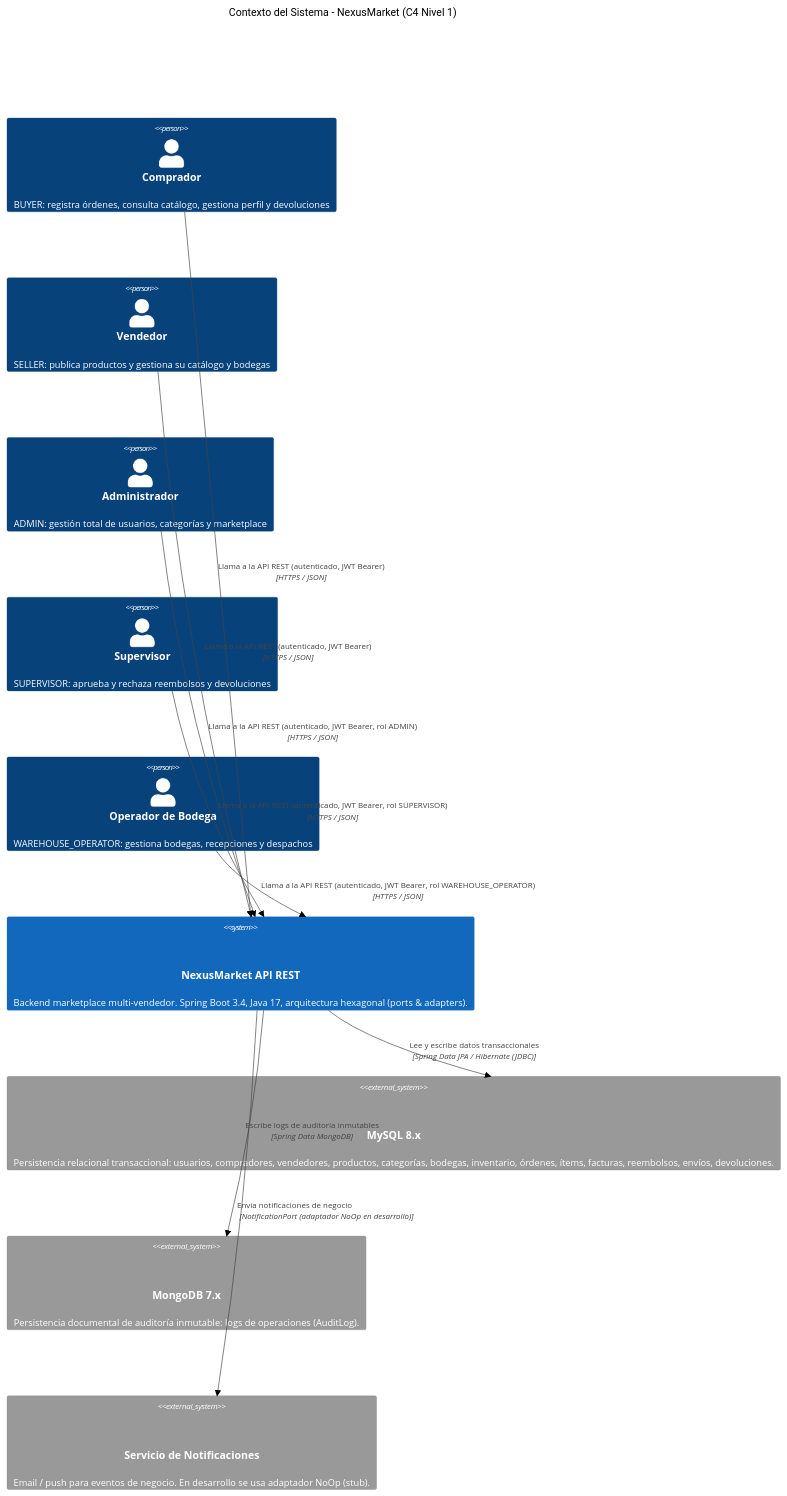
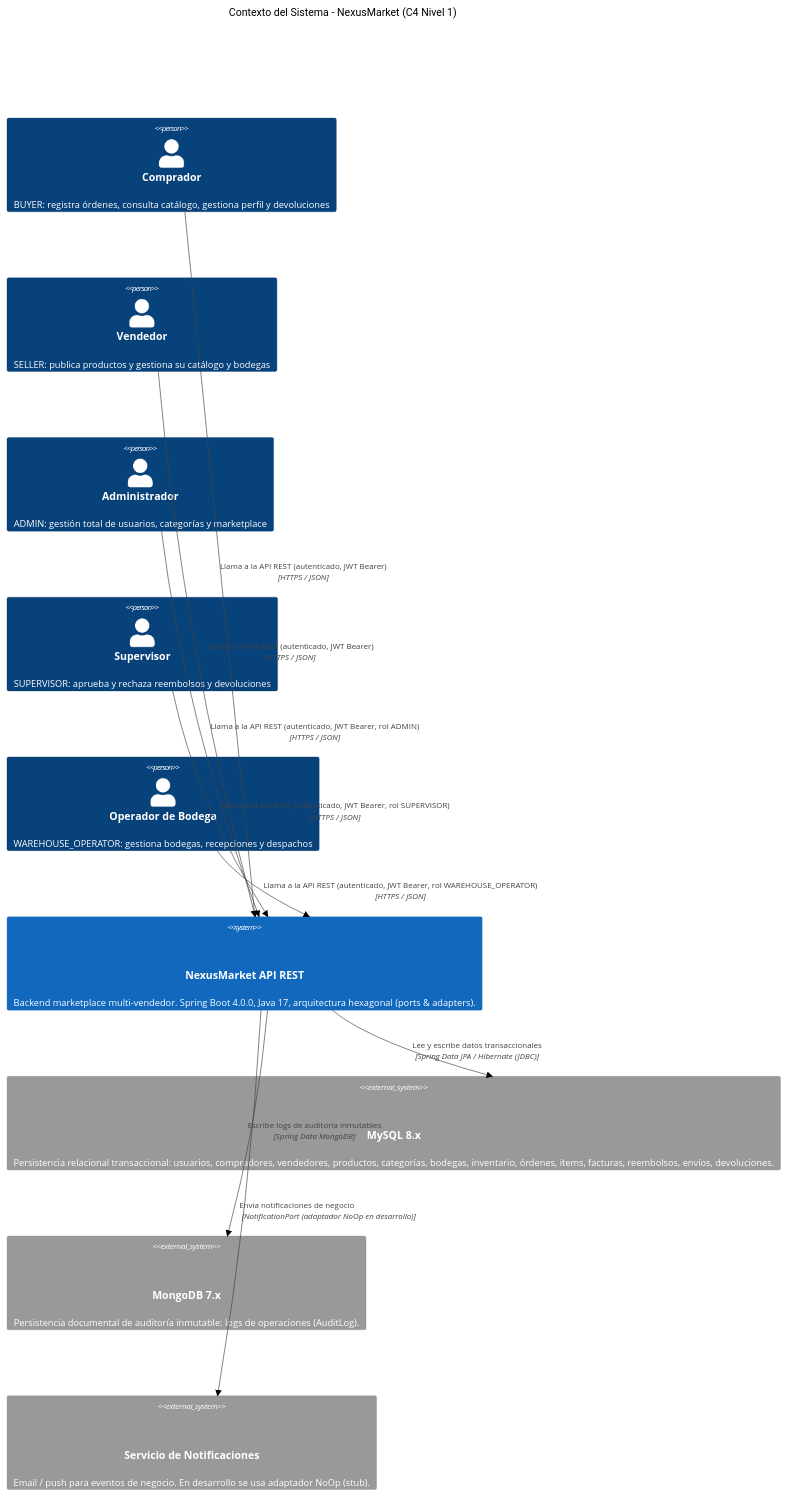
The diagram in SDD/02-arquitectura/c4-nivel-1-contexto.md (juanestevan-tdea/construccion_software_2_2026_2_nexusmarket), drawn with Mermaid (neutral theme) before and after one commit. The commit also changed other lines of this file and 79 other files, not shown here.

Commit message:
fix(architecture/security): desacopla dominio de REST y aplica validacion de propiedad

````diff
--- a/SDD/02-arquitectura/c4-nivel-1-contexto.md
+++ b/SDD/02-arquitectura/c4-nivel-1-contexto.md
@@ -5,26 +5,26 @@
 ```mermaid
 C4Context
     title Contexto del Sistema - NexusMarket (C4 Nivel 1)
 
     Person(buyer, "Comprador", "BUYER: registra órdenes, consulta catálogo, gestiona perfil y devoluciones")
     Person(seller, "Vendedor", "SELLER: publica productos y gestiona su catálogo y bodegas")
     Person(admin, "Administrador", "ADMIN: gestión total de usuarios, categorías y marketplace")
     Person(supervisor, "Supervisor", "SUPERVISOR: aprueba y rechaza reembolsos y devoluciones")
     Person(warehouseOperator, "Operador de Bodega", "WAREHOUSE_OPERATOR: gestiona bodegas, recepciones y despachos")
 
-    System(nxm, "NexusMarket API REST", "Backend marketplace multi-vendedor. Spring Boot 3.4, Java 17, arquitectura hexagonal (ports & adapters).", "http://localhost:8080/api")
+    System(nxm, "NexusMarket API REST", "Backend marketplace multi-vendedor. Spring Boot 4.0.0, Java 17, arquitectura hexagonal (ports & adapters).", "http://localhost:8080/api")
 
     System_Ext(mysql, "MySQL 8.x", "Persistencia relacional transaccional: usuarios, compradores, vendedores, productos, categorías, bodegas, inventario, órdenes, ítems, facturas, reembolsos, envíos, devoluciones.", "jdbc:mysql://localhost:3306/nexusmarket")
     System_Ext(mongo, "MongoDB 7.x", "Persistencia documental de auditoría inmutable: logs de operaciones (AuditLog).", "mongodb://localhost:27017/nexusmarket_audit")
     System_Ext(notif, "Servicio de Notificaciones", "Email / push para eventos de negocio. En desarrollo se usa adaptador NoOp (stub).", "NotificationPort")
 
     Rel(buyer, nxm, "Llama a la API REST (autenticado, JWT Bearer)", "HTTPS / JSON")
     Rel(seller, nxm, "Llama a la API REST (autenticado, JWT Bearer)", "HTTPS / JSON")
     Rel(admin, nxm, "Llama a la API REST (autenticado, JWT Bearer, rol ADMIN)", "HTTPS / JSON")
     Rel(supervisor, nxm, "Llama a la API REST (autenticado, JWT Bearer, rol SUPERVISOR)", "HTTPS / JSON")
     Rel(warehouseOperator, nxm, "Llama a la API REST (autenticado, JWT Bearer, rol WAREHOUSE_OPERATOR)", "HTTPS / JSON")
 
     Rel(nxm, mysql, "Lee y escribe datos transaccionales", "Spring Data JPA / Hibernate (JDBC)")
     Rel(nxm, mongo, "Escribe logs de auditoría inmutables", "Spring Data MongoDB")
     Rel(nxm, notif, "Envía notificaciones de negocio", "NotificationPort (adaptador NoOp en desarrollo)")
 ```
````
